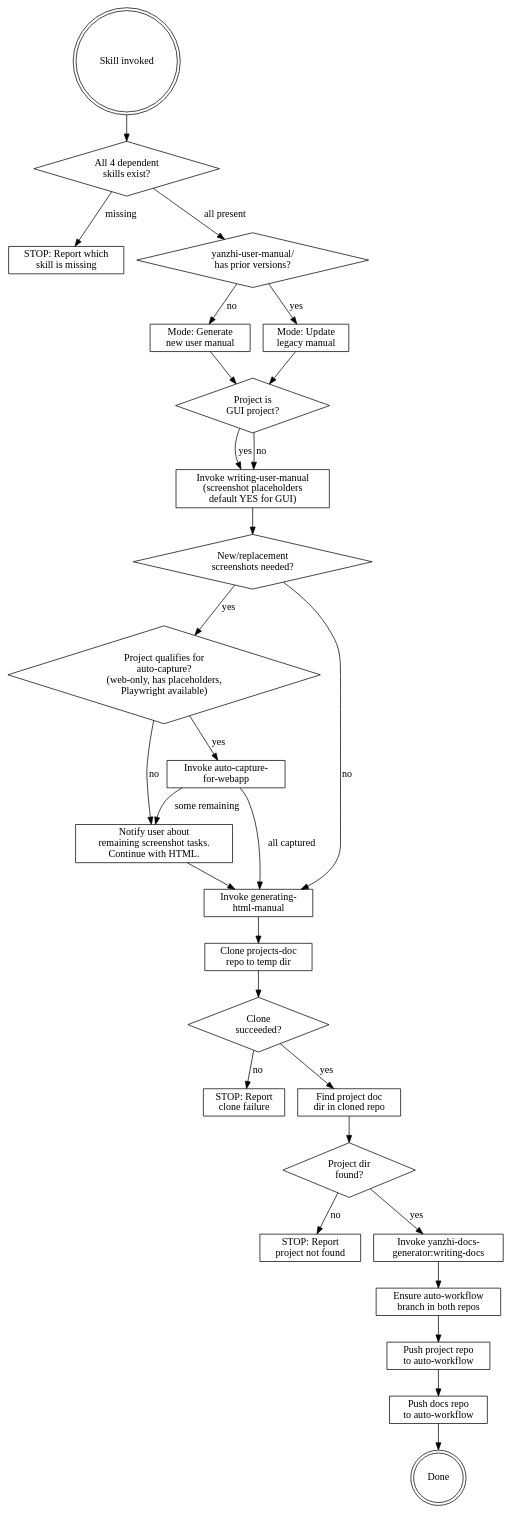
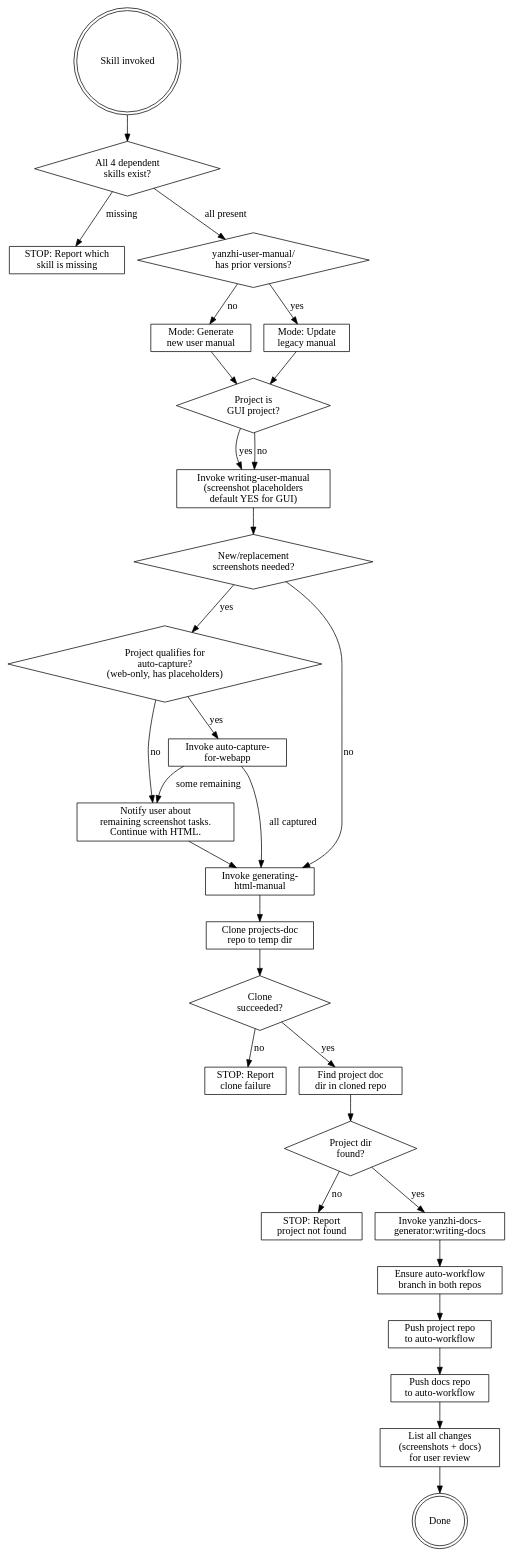
Before and after one commit to zhang-songhan/yanzhi-sdd-workflow: the diagram in skills/manual-and-docs-git-sync/SKILL.md, drawn with Graphviz. The commit also changed other lines of this file and 2 other files, not shown here.

First line of the commit message:
v260602-111044 docs. update manual-and-docs-git-sync skill with change review and keep-clone

````diff
--- a/skills/manual-and-docs-git-sync/SKILL.md
+++ b/skills/manual-and-docs-git-sync/SKILL.md
@@ -12,59 +12,61 @@
 ```dot
 digraph sync_flow {
     rankdir=TB;
 
     start [label="Skill invoked", shape=doublecircle];
     check_deps [label="All 4 dependent\nskills exist?", shape=diamond];
     stop_deps [label="STOP: Report which\nskill is missing", shape=box];
     check_manual_dir [label="yanzhi-user-manual/\nhas prior versions?", shape=diamond];
     mode_generate [label="Mode: Generate\nnew user manual", shape=box];
     mode_update [label="Mode: Update\nlegacy manual", shape=box];
     detect_gui [label="Project is\nGUI project?", shape=diamond];
     invoke_writing [label="Invoke writing-user-manual\n(screenshot placeholders\ndefault YES for GUI)", shape=box];
     new_screenshots [label="New/replacement\nscreenshots needed?", shape=diamond];
-    check_webapp [label="Project qualifies for\nauto-capture?\n(web-only, has placeholders,\nPlaywright available)", shape=diamond];
+    check_webapp [label="Project qualifies for\nauto-capture?\n(web-only, has placeholders)", shape=diamond];
     invoke_autocap [label="Invoke auto-capture-\nfor-webapp", shape=box];
     notify_screenshots [label="Notify user about\nremaining screenshot tasks.\nContinue with HTML.", shape=box];
     invoke_html [label="Invoke generating-\nhtml-manual", shape=box];
     clone_docs [label="Clone projects-doc\nrepo to temp dir", shape=box];
     clone_ok [label="Clone\nsucceeded?", shape=diamond];
     stop_clone [label="STOP: Report\nclone failure", shape=box];
     find_project [label="Find project doc\ndir in cloned repo", shape=box];
     project_found [label="Project dir\nfound?", shape=diamond];
     stop_noproject [label="STOP: Report\nproject not found", shape=box];
     invoke_docs [label="Invoke yanzhi-docs-\ngenerator:writing-docs", shape=box];
     switch_branch [label="Ensure auto-workflow\nbranch in both repos", shape=box];
     push_project [label="Push project repo\nto auto-workflow", shape=box];
     push_docs [label="Push docs repo\nto auto-workflow", shape=box];
+    review_changes [label="List all changes\n(screenshots + docs)\nfor user review", shape=box];
     done [label="Done", shape=doublecircle];
 
     start -> check_deps;
     check_deps -> stop_deps [label="missing"];
     check_deps -> check_manual_dir [label="all present"];
     check_manual_dir -> mode_generate [label="no"];
     check_manual_dir -> mode_update [label="yes"];
     mode_generate -> detect_gui;
     mode_update -> detect_gui;
     detect_gui -> invoke_writing [label="yes"];
     detect_gui -> invoke_writing [label="no"];
     invoke_writing -> new_screenshots;
     new_screenshots -> check_webapp [label="yes"];
     new_screenshots -> invoke_html [label="no"];
     check_webapp -> invoke_autocap [label="yes"];
     check_webapp -> notify_screenshots [label="no"];
     invoke_autocap -> notify_screenshots [label="some remaining"];
     invoke_autocap -> invoke_html [label="all captured"];
     notify_screenshots -> invoke_html;
     invoke_html -> clone_docs;
     clone_docs -> clone_ok;
     clone_ok -> stop_clone [label="no"];
     clone_ok -> find_project [label="yes"];
     find_project -> project_found;
     project_found -> stop_noproject [label="no"];
     project_found -> invoke_docs [label="yes"];
     invoke_docs -> switch_branch;
     switch_branch -> push_project;
     push_project -> push_docs;
-    push_docs -> done;
+    push_docs -> review_changes;
+    review_changes -> done;
 }
 ```
````
